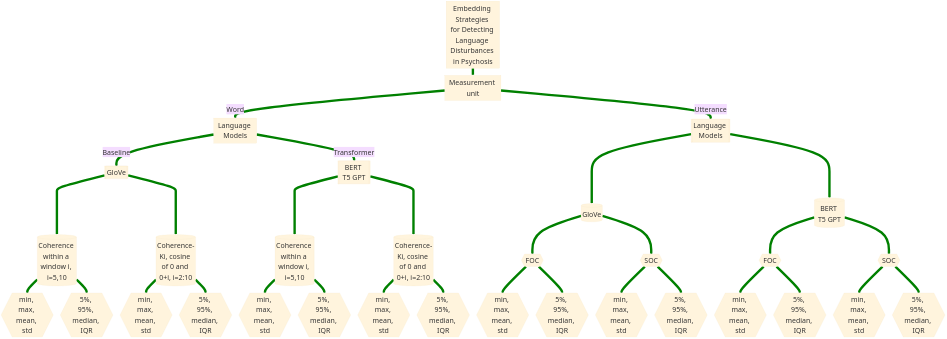
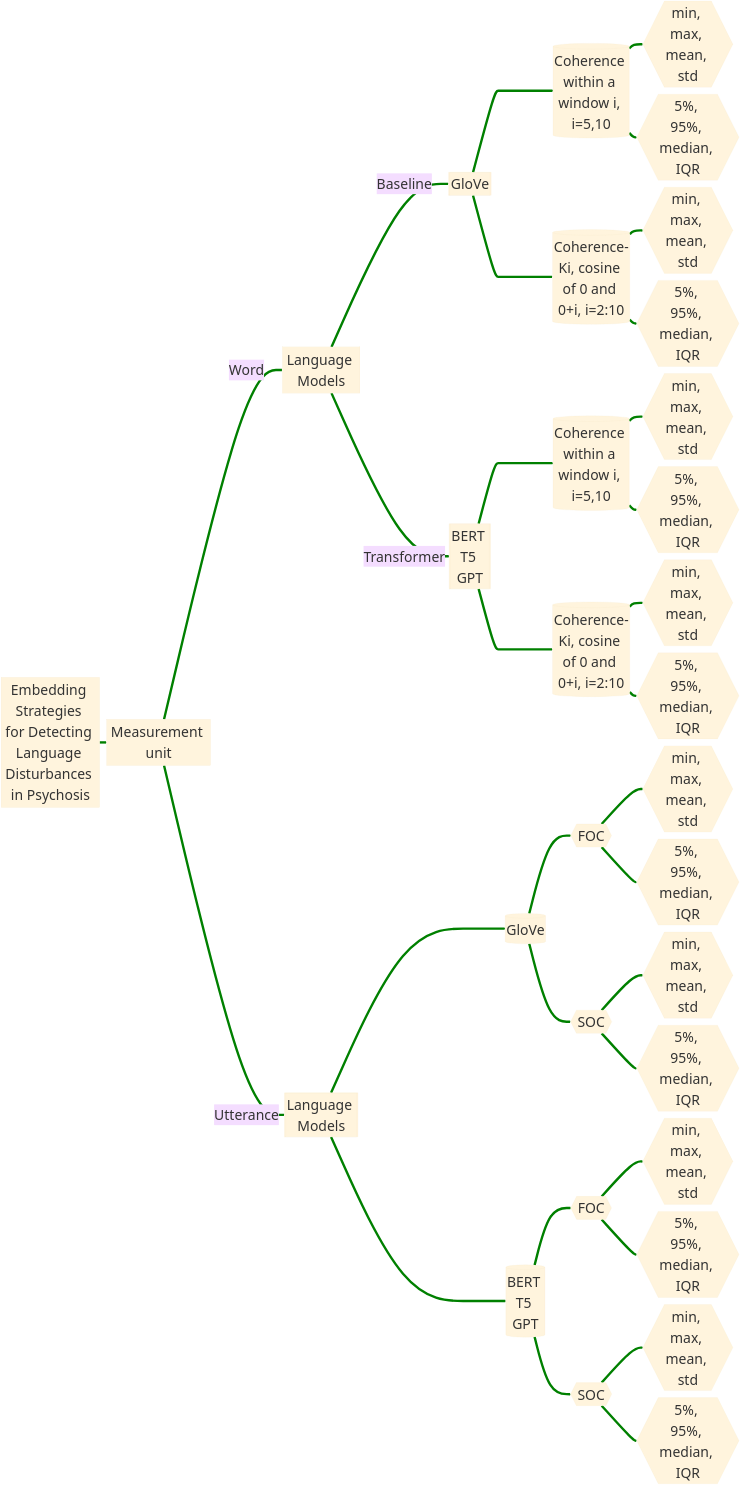
One commit to yancong222/SSD-LM-STanglab changed the first of 2 diagrams in README.md. Above: the diagram before and after it, drawn with Mermaid.

````diff
--- a/README.md
+++ b/README.md
@@ -5,66 +5,66 @@
 ```mermaid
-%%{init: {'theme': 'base', 'themeVariables': { 'fontSize': '50px'}}}%%
-flowchart TD
+%%{init: {'theme': 'base', 'themeVariables': { 'fontSize': '100px'}}}%%
+flowchart LR
     A[Embedding Strategies for Detecting Language Disturbances in Psychosis] ==> B[Measurement unit]
     B == Word ==> C[Language Models]
     C == Baseline ==> D[[GloVe]] ====> G[(Coherence within a window i, i=5,10)]
     G ==> J{{min, max, mean, std}}
     G ==> K{{5%, 95%, median, IQR}}
     D ====> P[(Coherence-Ki, cosine of 0 and 0+i, i=2:10)]
     P ==> Q{{min, max, mean, std}}
     P ==> R{{5%, 95%, median, IQR}}
     C == Transformer ==> E[[BERT T5 GPT]] ====> H[(Coherence within a window i, i=5,10)]
     H ==> L{{min, max, mean, std}}
     H ==> M{{5%, 95%, median, IQR}}
     E ====> S[(Coherence-Ki, cosine of 0 and 0+i, i=2:10)]
     S ==> T{{min, max, mean, std}}
     S ==> U{{5%, 95%, median, IQR}}
     B == Utterance ==> F[[Language Models]] ====> I[(GloVe)]
     I ==> N{{FOC}}
     I ==> O{{SOC}}
     N ==> a{{min, max, mean, std}}
     N ==> b{{5%, 95%, median, IQR}}
     O ==> c{{min, max, mean, std}}
     O ==> d{{5%, 95%, median, IQR}}
     F ====> V[(BERT T5 GPT)]
     V ==> W{{FOC}}
     V ==> X{{SOC}}
     W ==> e{{min, max, mean, std}}
     W ==> f{{5%, 95%, median, IQR}}
     X ==> g{{min, max, mean, std}}
     X ==> h{{5%, 95%, median, IQR}}
     
     
     linkStyle 0 stroke-width:17px,fill:none,stroke:green;
     linkStyle 1 stroke-width:17px,fill:none,stroke:green;
     linkStyle 2 stroke-width:17px,fill:none,stroke:green;
     linkStyle 3 stroke-width:17px,fill:none,stroke:green;
     linkStyle 4 stroke-width:17px,fill:none,stroke:green;
     linkStyle 5 stroke-width:17px,fill:none,stroke:green;
     linkStyle 6 stroke-width:17px,fill:none,stroke:green;
     linkStyle 7 stroke-width:17px,fill:none,stroke:green;
     linkStyle 8 stroke-width:17px,fill:none,stroke:green;
     linkStyle 9 stroke-width:17px,fill:none,stroke:green;
     linkStyle 10 stroke-width:17px,fill:none,stroke:green;
     linkStyle 11 stroke-width:17px,fill:none,stroke:green;
     linkStyle 12 stroke-width:17px,fill:none,stroke:green;
     linkStyle 13 stroke-width:17px,fill:none,stroke:green;
     linkStyle 14 stroke-width:17px,fill:none,stroke:green;
     linkStyle 15 stroke-width:17px,fill:none,stroke:green;
     linkStyle 16 stroke-width:17px,fill:none,stroke:green;
     linkStyle 17 stroke-width:17px,fill:none,stroke:green;
     linkStyle 18 stroke-width:17px,fill:none,stroke:green;
     linkStyle 19 stroke-width:17px,fill:none,stroke:green;
     linkStyle 20 stroke-width:17px,fill:none,stroke:green;
     linkStyle 21 stroke-width:17px,fill:none,stroke:green;
     linkStyle 22 stroke-width:17px,fill:none,stroke:green;
     linkStyle 23 stroke-width:17px,fill:none,stroke:green;
     linkStyle 24 stroke-width:17px,fill:none,stroke:green;
     linkStyle 25 stroke-width:17px,fill:none,stroke:green;
     linkStyle 26 stroke-width:17px,fill:none,stroke:green;
     linkStyle 27 stroke-width:17px,fill:none,stroke:green;
     linkStyle 28 stroke-width:17px,fill:none,stroke:green;
     linkStyle 29 stroke-width:17px,fill:none,stroke:green;
     linkStyle 30 stroke-width:17px,fill:none,stroke:green;
     
 ```
````
